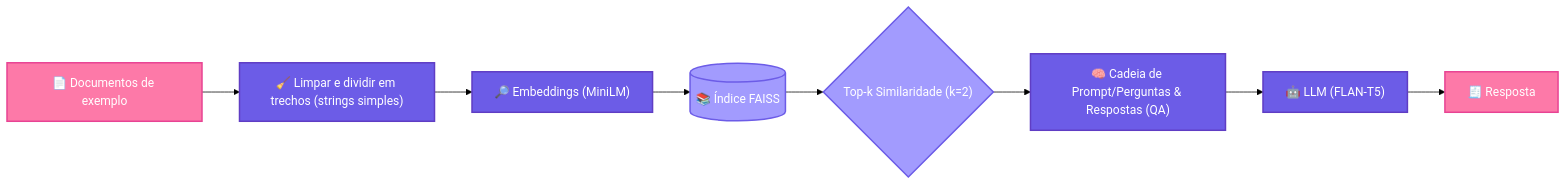
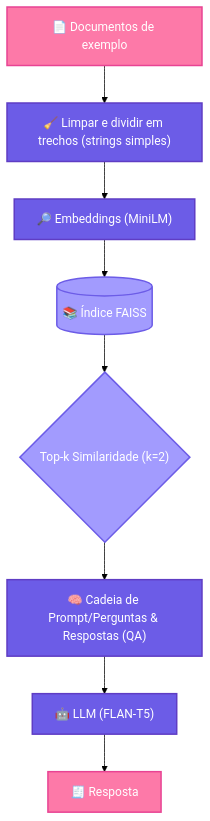
One commit to bcmaymonegalvao/pipeline-rag-langchain changed the diagram in README.md. Above: the diagram before and after it, drawn with Mermaid (forest theme).

Commit message:
Fix Mermaid flowchart syntax in README

````diff
--- a/README.md
+++ b/README.md
@@ -71,19 +71,19 @@
 ```mermaid
-flowchart LR
+flowchart TB
     A["📄 Documentos de exemplo"] --> B["🧹 Limpar e dividir em trechos (strings simples)"]
     B --> C["🔎 Embeddings (MiniLM)"]
     C --> D[("📚 Índice FAISS")]
     D --> E{"Top-k Similaridade (k=2)"}
     E --> F["🧠 Cadeia de Prompt/Perguntas & Respostas (QA)"]
     F --> G["🤖 LLM (FLAN-T5)"]
     G --> H["🧾 Resposta"]
     
     classDef primary fill:#6c5ce7,stroke:#5f3dc4,stroke-width:2px,color:#fff
     classDef secondary fill:#a29bfe,stroke:#6c5ce7,stroke-width:2px,color:#fff
     classDef accent fill:#fd79a8,stroke:#e84393,stroke-width:2px,color:#fff
     classDef success fill:#00b894,stroke:#00a085,stroke-width:2px,color:#fff
     
     class A,H accent
     class B,C,F,G primary
     class D,E secondary
 ```
````
